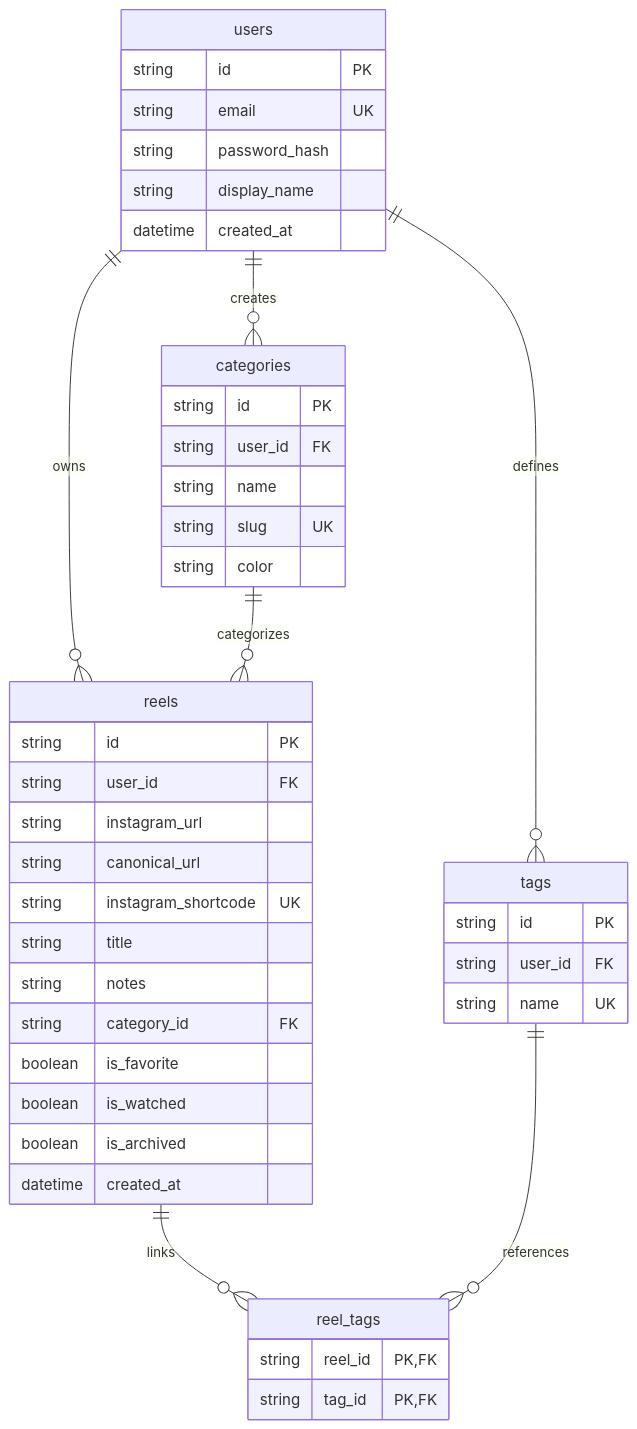
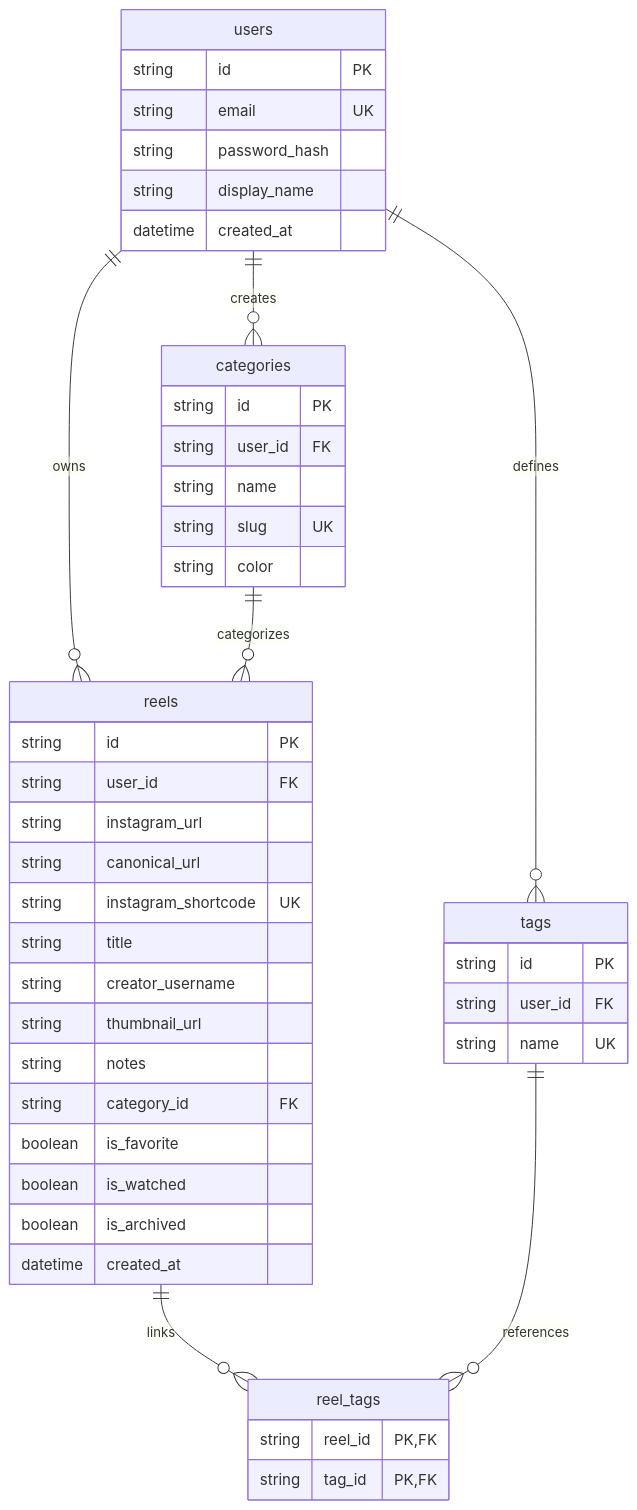
One commit to thejasteju54-lgtm/reelvault changed the second of 2 diagrams in README.md. Above: the diagram before and after it, drawn with Mermaid. The commit also changed other lines of this file and 13 other files, not shown here.

````diff
--- a/README.md
+++ b/README.md
@@ -136,51 +141,53 @@
 ```mermaid
 erDiagram
     users ||--o{ reels : owns
     users ||--o{ categories : creates
     users ||--o{ tags : defines
     categories ||--o{ reels : categorizes
     reels ||--o{ reel_tags : links
     tags ||--o{ reel_tags : references
 
     users {
         string id PK
         string email UK
         string password_hash
         string display_name
         datetime created_at
     }
 
     reels {
         string id PK
         string user_id FK
         string instagram_url
         string canonical_url
         string instagram_shortcode UK
         string title
+        string creator_username
+        string thumbnail_url
         string notes
         string category_id FK
         boolean is_favorite
         boolean is_watched
         boolean is_archived
         datetime created_at
     }
 
     categories {
         string id PK
         string user_id FK
         string name
         string slug UK
         string color
     }
 
     tags {
         string id PK
         string user_id FK
         string name UK
     }
 
     reel_tags {
         string reel_id PK,FK
         string tag_id PK,FK
     }
 ```
````
